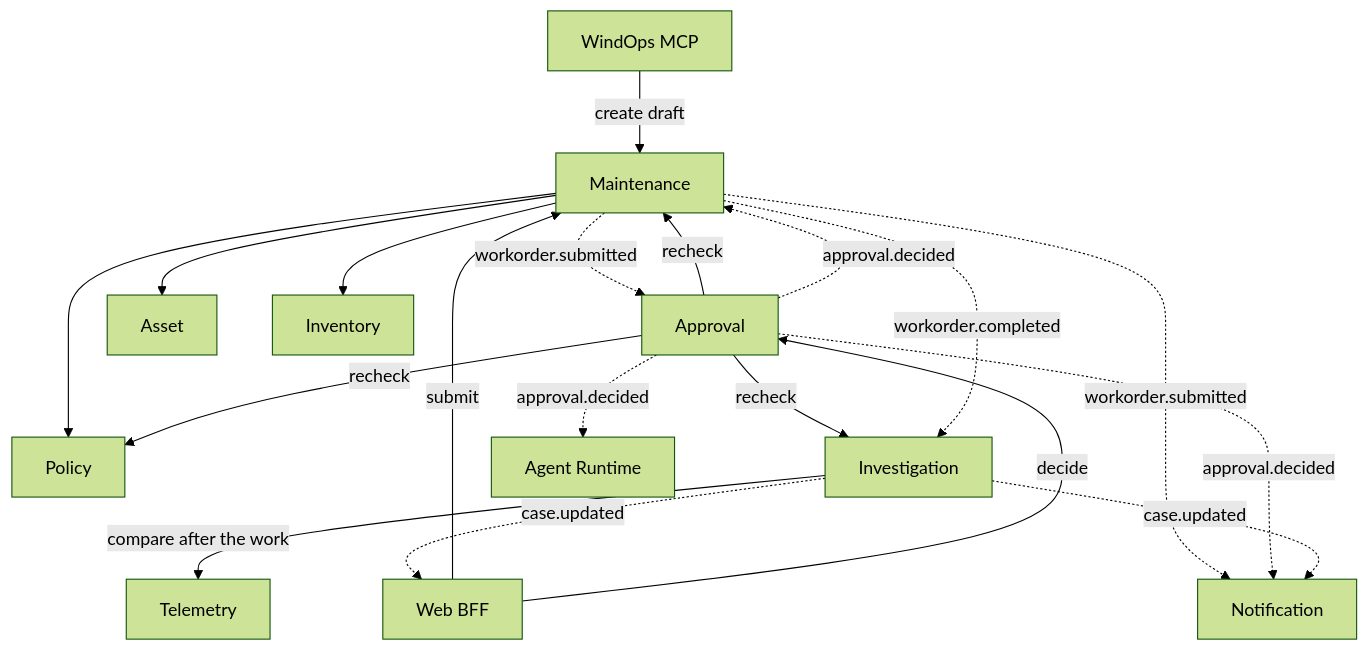
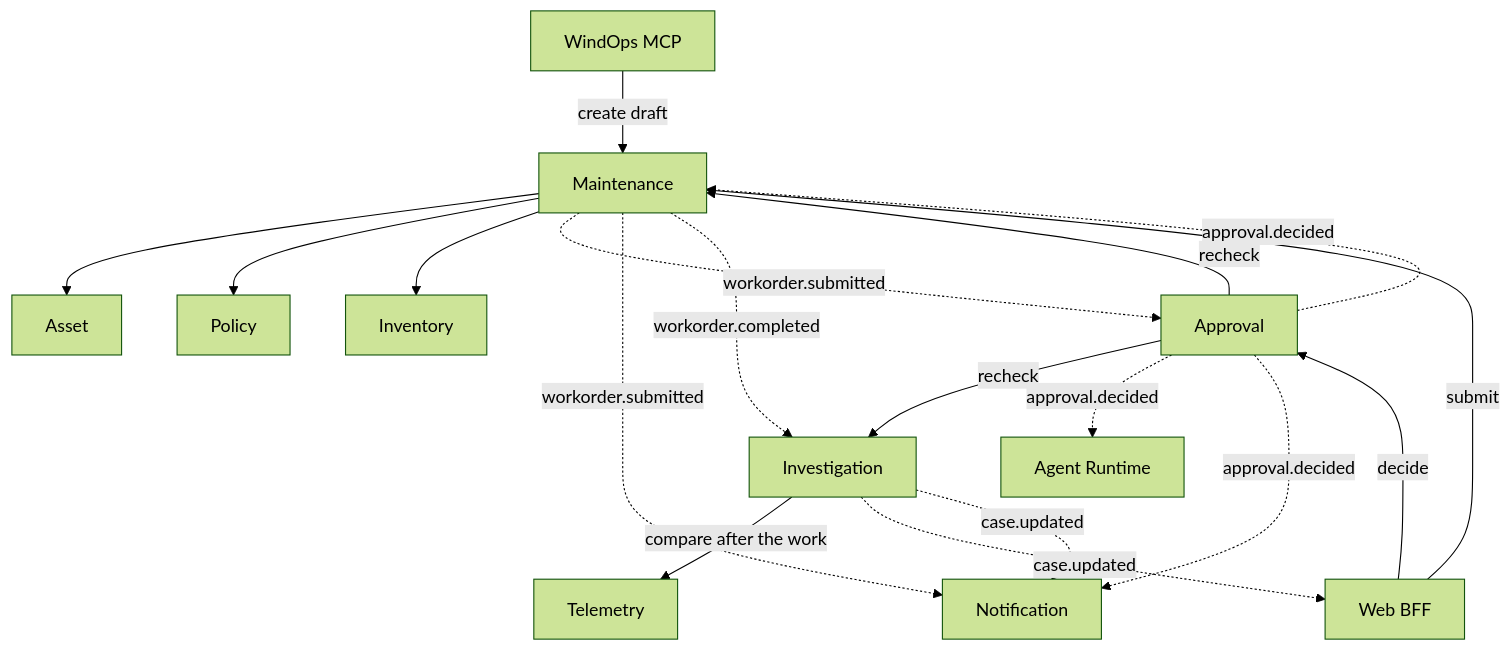
One commit to wasif1024/windops-ai changed the third of 5 diagrams in docs/service-map.md. Above: the diagram before and after it, drawn with Mermaid (forest theme). The commit also changed other lines of this file and 66 other files, not shown here.

````diff
--- a/docs/service-map.md
+++ b/docs/service-map.md
@@ -100,21 +100,20 @@
 ```mermaid
 flowchart TB
     Core["WindOps MCP"] -->|create draft| Maintenance
     BFF["Web BFF"] -->|submit| Maintenance
     BFF -->|decide| Approval
     Maintenance --> Asset
     Maintenance --> Policy
     Maintenance --> Inventory
     Maintenance -.->|workorder.submitted| Approval
     Maintenance -.->|workorder.submitted| Notification
     Approval -->|recheck| Maintenance
     Approval -->|recheck| Investigation
-    Approval -->|recheck| Policy
     Approval -.->|approval.decided| Runtime["Agent Runtime"]
     Approval -.->|approval.decided| Maintenance
     Approval -.->|approval.decided| Notification
     Maintenance -.->|workorder.completed| Investigation
     Investigation -->|compare after the work| Telemetry
     Investigation -.->|case.updated| BFF
     Investigation -.->|case.updated| Notification
 ```
````
